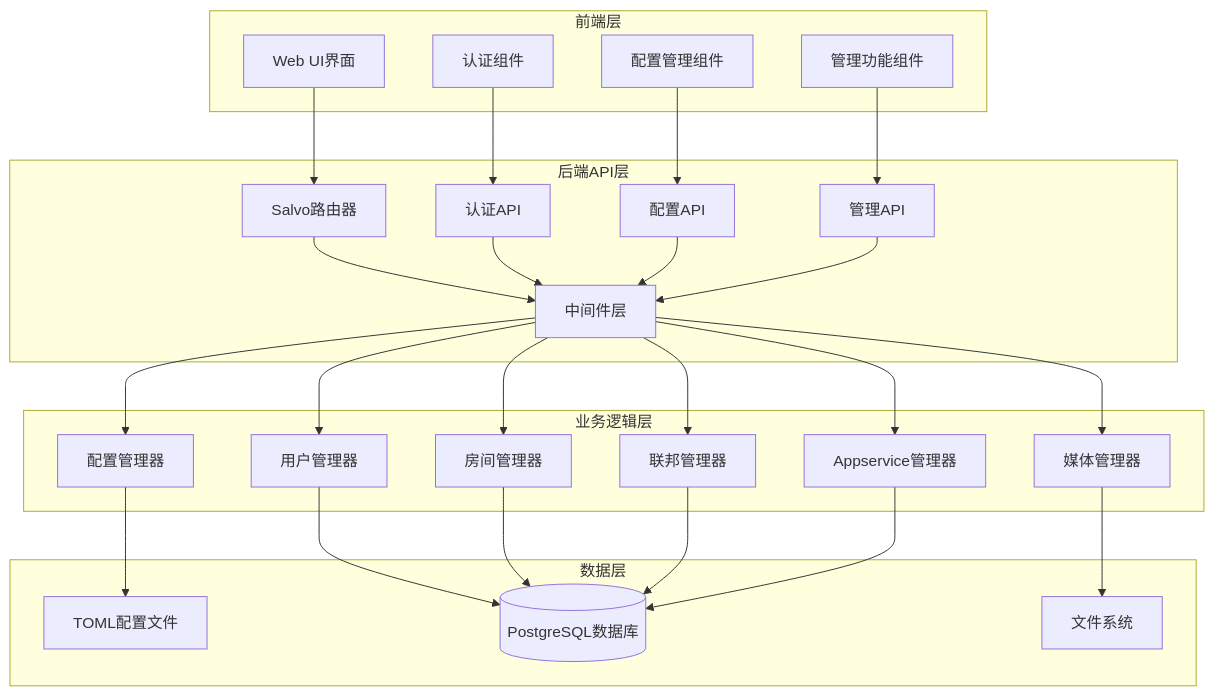
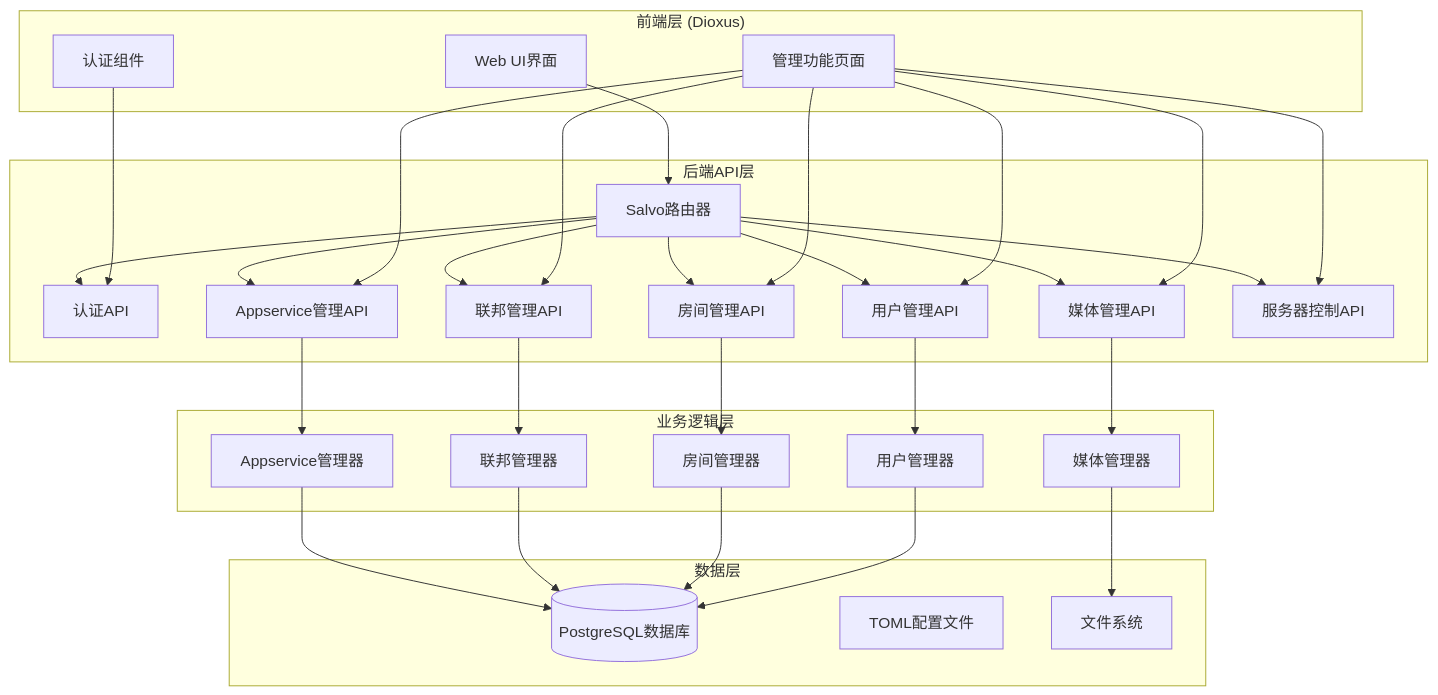
Before and after one commit to palpo-im/palpo: the diagram in .kiro/specs/palpo-web-config/design.md, drawn with Mermaid. The commit also changed other lines of this file and 2 other files, not shown here.

First line of the commit message:
docs(spec): 更新 admin-ui 规格文档以支持完整运营管理功能

````diff
--- a/.kiro/specs/palpo-web-config/design.md
+++ b/.kiro/specs/palpo-web-config/design.md
@@ -13,56 +13,62 @@
 ```mermaid
 graph TB
-    subgraph "前端层"
+    subgraph "前端层 (Dioxus)"
         UI[Web UI界面]
         Auth[认证组件]
-        Config[配置管理组件]
-        Admin[管理功能组件]
+        Pages[管理功能页面]
     end
     
     subgraph "后端API层"
         Router[Salvo路由器]
         AuthAPI[认证API]
-        ConfigAPI[配置API]
-        AdminAPI[管理API]
-        Middleware[中间件层]
+        UserAPI[用户管理API]
+        RoomAPI[房间管理API]
+        MediaAPI[媒体管理API]
+        FedAPI[联邦管理API]
+        ASAPI[Appservice管理API]
+        ServerAPI[服务器控制API]
     end
     
     subgraph "业务逻辑层"
-        ConfigMgr[配置管理器]
         UserMgr[用户管理器]
         RoomMgr[房间管理器]
+        MediaMgr[媒体管理器]
         FedMgr[联邦管理器]
-        MediaMgr[媒体管理器]
         AppSvcMgr[Appservice管理器]
     end
     
     subgraph "数据层"
+        DB[(PostgreSQL数据库)]
         TOML[TOML配置文件]
-        DB[(PostgreSQL数据库)]
         FS[文件系统]
     end
     
     UI --> Router
     Auth --> AuthAPI
-    Config --> ConfigAPI
-    Admin --> AdminAPI
+    Pages --> UserAPI
+    Pages --> RoomAPI
+    Pages --> MediaAPI
+    Pages --> FedAPI
+    Pages --> ASAPI
+    Pages --> ServerAPI
     
-    Router --> Middleware
-    AuthAPI --> Middleware
-    ConfigAPI --> Middleware
-    AdminAPI --> Middleware
+    Router --> AuthAPI
+    Router --> UserAPI
+    Router --> RoomAPI
+    Router --> MediaAPI
+    Router --> FedAPI
+    Router --> ASAPI
+    Router --> ServerAPI
     
-    Middleware --> ConfigMgr
-    Middleware --> UserMgr
-    Middleware --> RoomMgr
-    Middleware --> FedMgr
-    Middleware --> MediaMgr
-    Middleware --> AppSvcMgr
+    UserAPI --> UserMgr
+    RoomAPI --> RoomMgr
+    MediaAPI --> MediaMgr
+    FedAPI --> FedMgr
+    ASAPI --> AppSvcMgr
     
-    ConfigMgr --> TOML
     UserMgr --> DB
     RoomMgr --> DB
+    MediaMgr --> FS
     FedMgr --> DB
-    MediaMgr --> FS
     AppSvcMgr --> DB
 ```
````
